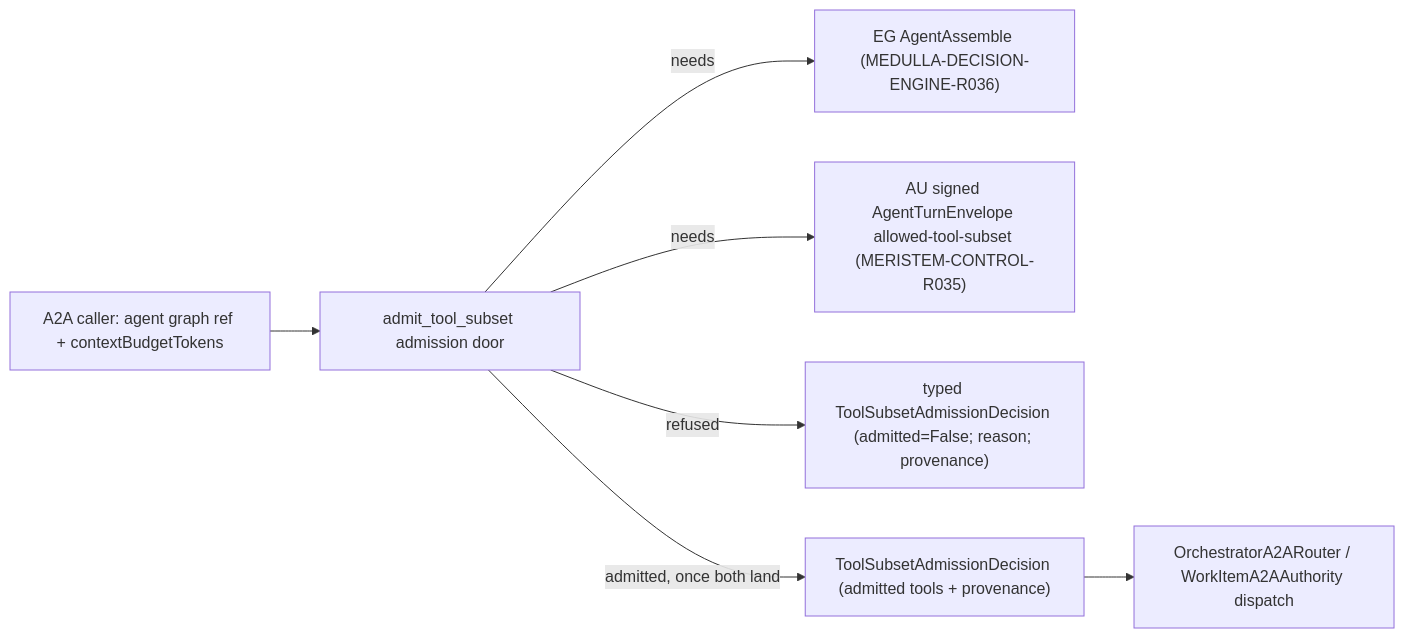
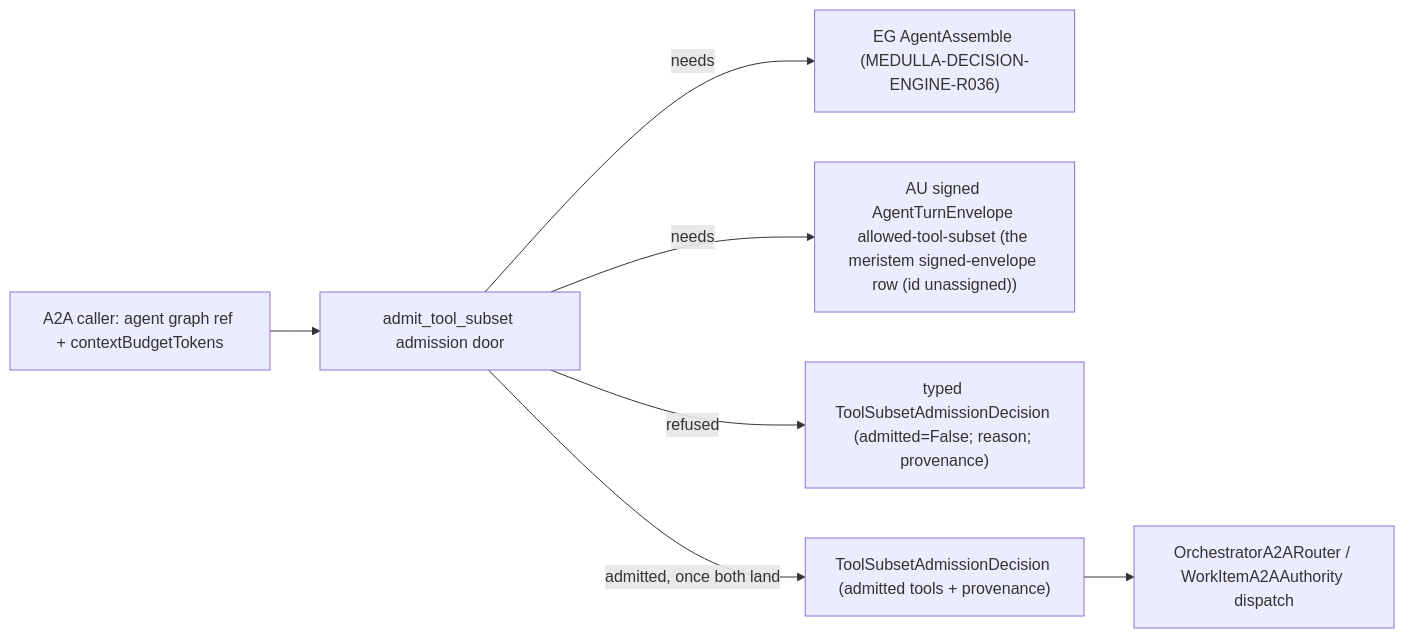
One commit to Knuckles-Team/arbora changed the third of 4 diagrams in specs/a2a/plan.md. Above: the diagram before and after it, drawn with Mermaid. The commit also changed other lines of this file and 6 other files, not shown here.

````diff
--- a/specs/a2a/plan.md
+++ b/specs/a2a/plan.md
@@ -156,9 +156,9 @@
 ```mermaid
 flowchart LR
   C[A2A caller: agent graph ref + contextBudgetTokens] --> D[admit_tool_subset admission door]
   D -->|needs| EG["EG AgentAssemble (MEDULLA-DECISION-ENGINE-R036)"]
-  D -->|needs| AU["AU signed AgentTurnEnvelope allowed-tool-subset (MERISTEM-CONTROL-R035)"]
+  D -->|needs| AU["AU signed AgentTurnEnvelope allowed-tool-subset (the meristem signed-envelope row (id unassigned))"]
   D -->|refused| R["typed ToolSubsetAdmissionDecision (admitted=False; reason; provenance)"]
   D -->|admitted, once both land| A["ToolSubsetAdmissionDecision (admitted tools + provenance)"]
   A --> X[OrchestratorA2ARouter / WorkItemA2AAuthority dispatch]
 ```
````
